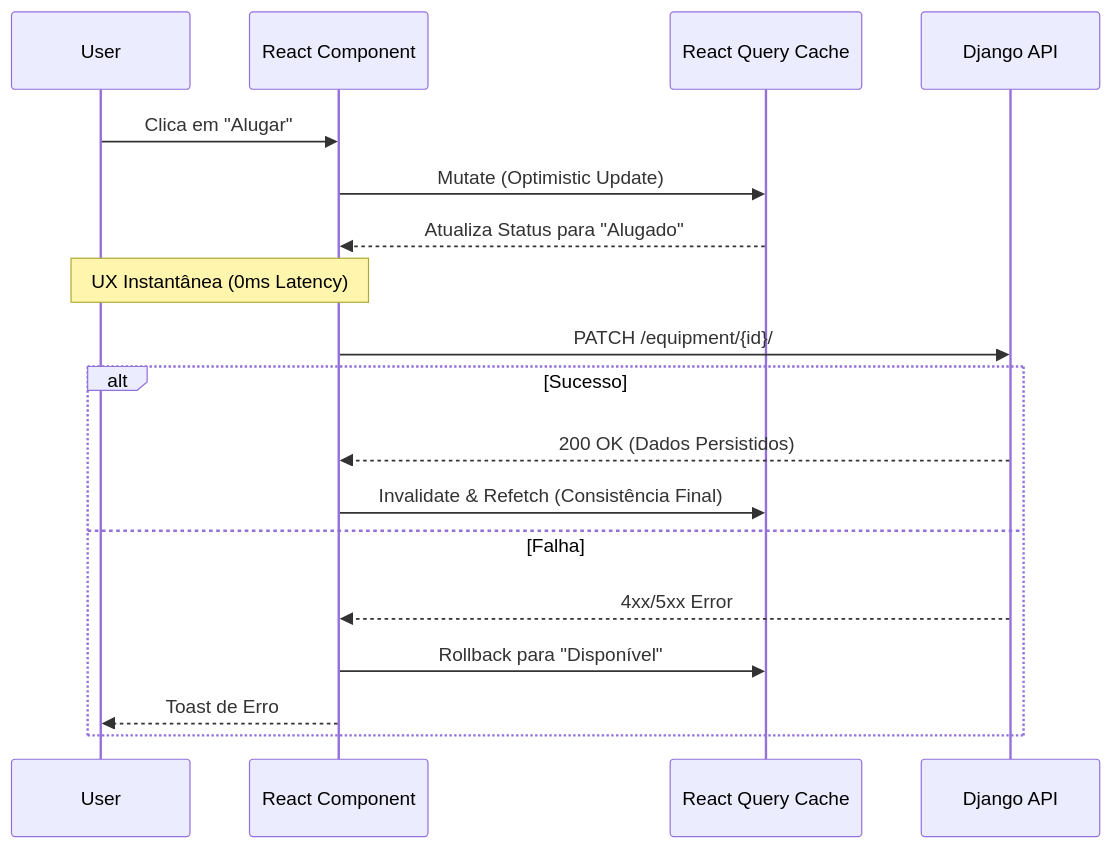
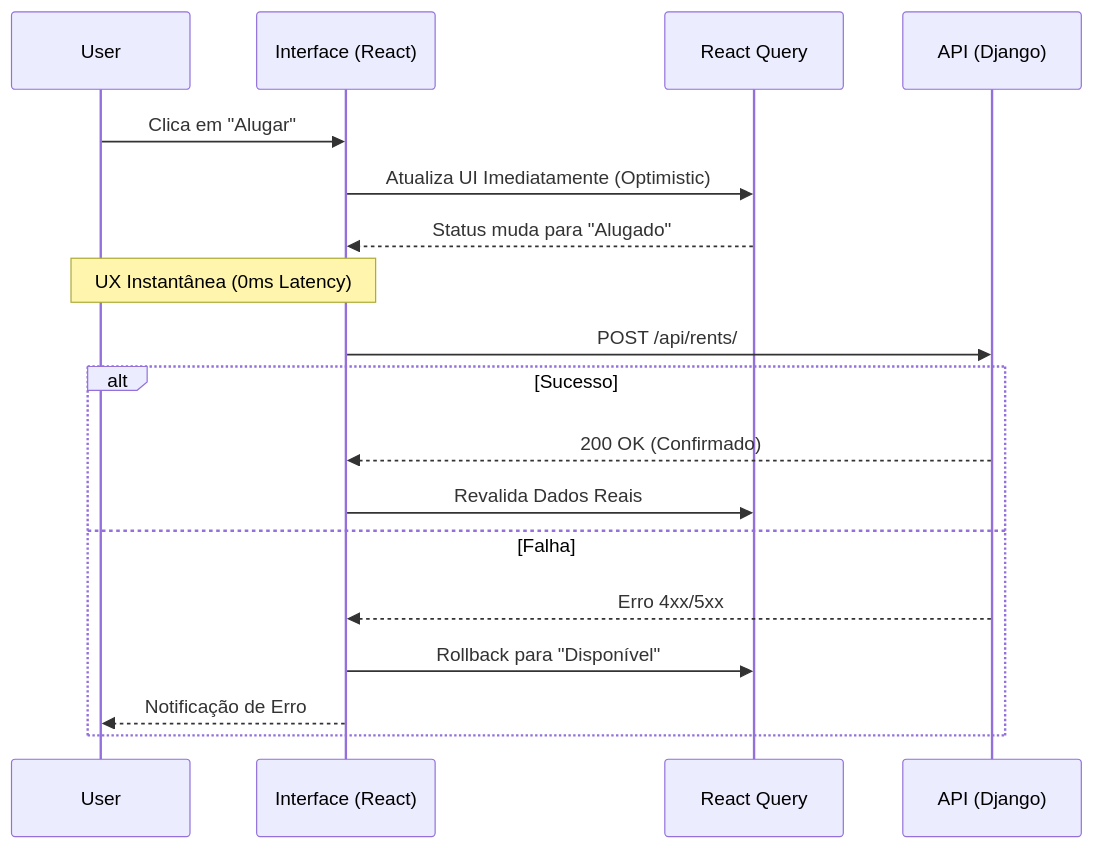
One commit to paulojoseph/sigma-loc10 changed the second of 2 diagrams in README.md. Above: the diagram before and after it, drawn with Mermaid. The commit also changed other lines of this file, not shown here.

````diff
--- a/README.md
+++ b/README.md
@@ -61,23 +67,23 @@
 ```mermaid
 sequenceDiagram
     participant User
-    participant UI as React Component
-    participant Cache as React Query Cache
-    participant API as Django API
+    participant UI as Interface (React)
+    participant Cache as React Query
+    participant API as API (Django)
     
     User->>UI: Clica em "Alugar"
-    UI->>Cache: Mutate (Optimistic Update)
-    Cache-->>UI: Atualiza Status para "Alugado"
+    UI->>Cache: Atualiza UI Imediatamente (Optimistic)
+    Cache-->>UI: Status muda para "Alugado"
     Note over User, UI: UX Instantânea (0ms Latency)
     
-    UI->>API: PATCH /equipment/{id}/
+    UI->>API: POST /api/rents/
     
     alt Sucesso
-        API-->>UI: 200 OK (Dados Persistidos)
-        UI->>Cache: Invalidate & Refetch (Consistência Final)
+        API-->>UI: 200 OK (Confirmado)
+        UI->>Cache: Revalida Dados Reais
     else Falha
-        API-->>UI: 4xx/5xx Error
+        API-->>UI: Erro 4xx/5xx
         UI->>Cache: Rollback para "Disponível"
-        UI-->>User: Toast de Erro
+        UI-->>User: Notificação de Erro
     end
 ```
````
